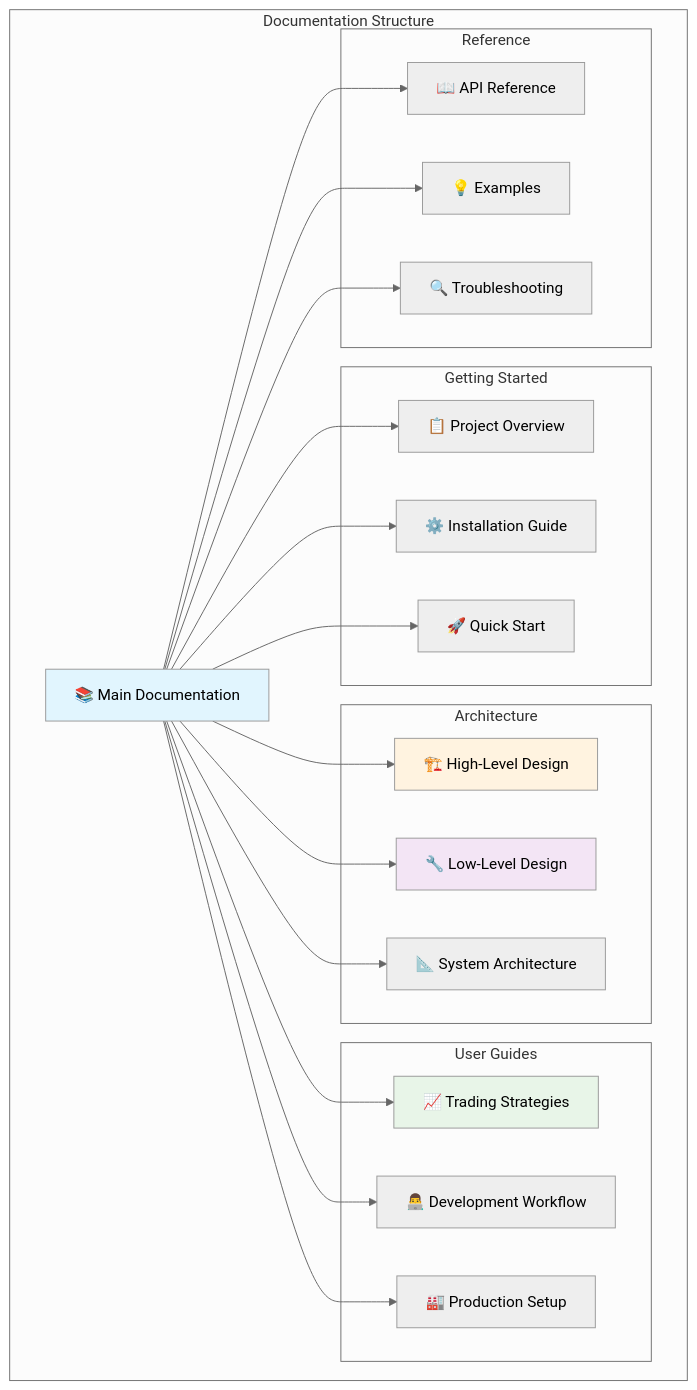
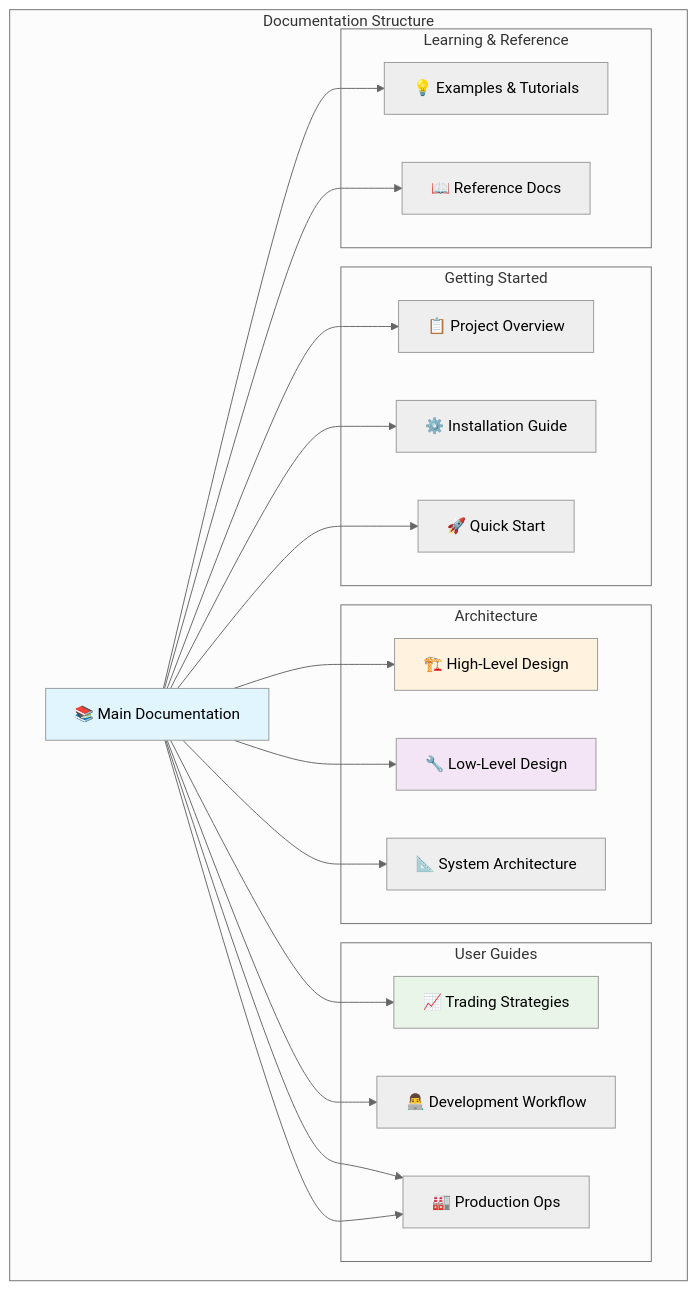
One commit to makutaku/pysystemtrade changed the first of 3 diagrams in fork_extensions/docs/README.md. Above: the diagram before and after it, drawn with Mermaid (neutral theme). The commit also changed other lines of this file and 7 other files, not shown here.

````diff
--- a/fork_extensions/docs/README.md
+++ b/fork_extensions/docs/README.md
@@ -5,51 +5,51 @@
 ```mermaid
 graph TB
     subgraph "Documentation Structure"
         Main[📚 Main Documentation]
         
         subgraph "Getting Started"
             Overview[📋 Project Overview]
             Install[⚙️ Installation Guide]  
             Quick[🚀 Quick Start]
         end
         
         subgraph "Architecture"
             HLD[🏗️ High-Level Design]
             LLD[🔧 Low-Level Design]
             SystemArch[📐 System Architecture]
         end
         
         subgraph "User Guides" 
             Trading[📈 Trading Strategies]
             DevWorkflow[👨‍💻 Development Workflow]
             Production[🏭 Production Setup]
         end
         
-        subgraph "Reference"
-            API[📖 API Reference]
-            Examples[💡 Examples]
-            Troubleshoot[🔍 Troubleshooting]
+        subgraph "Learning & Reference"
+            Examples[💡 Examples & Tutorials]
+            Reference[📖 Reference Docs]
+            Production[🏭 Production Ops]
         end
     end
     
     Main --> Overview
     Main --> Install
     Main --> Quick
     
     Main --> HLD
     Main --> LLD  
     Main --> SystemArch
     
     Main --> Trading
     Main --> DevWorkflow
     Main --> Production
     
-    Main --> API
     Main --> Examples
-    Main --> Troubleshoot
+    Main --> Reference
+    Main --> Production
     
     style Main fill:#e1f5fe
     style HLD fill:#fff3e0
     style LLD fill:#f3e5f5
     style Trading fill:#e8f5e8
 ```
````
